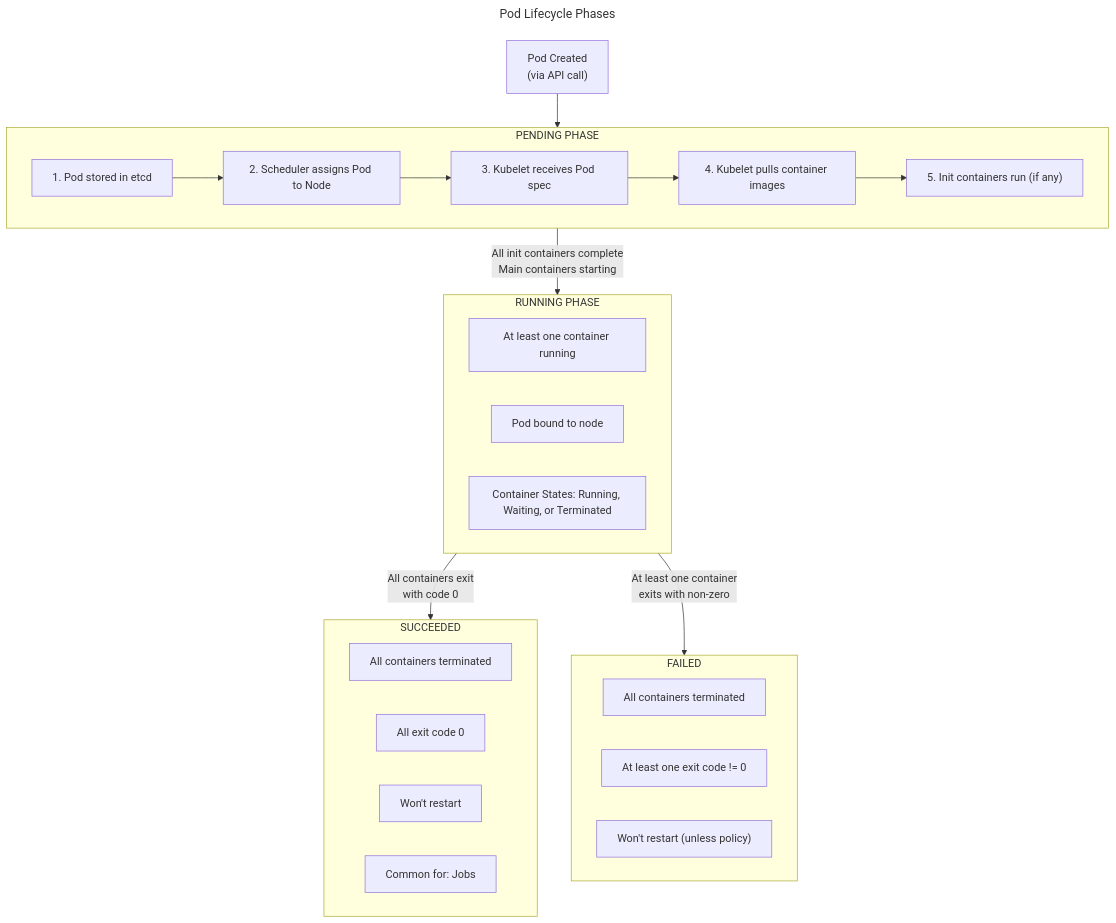
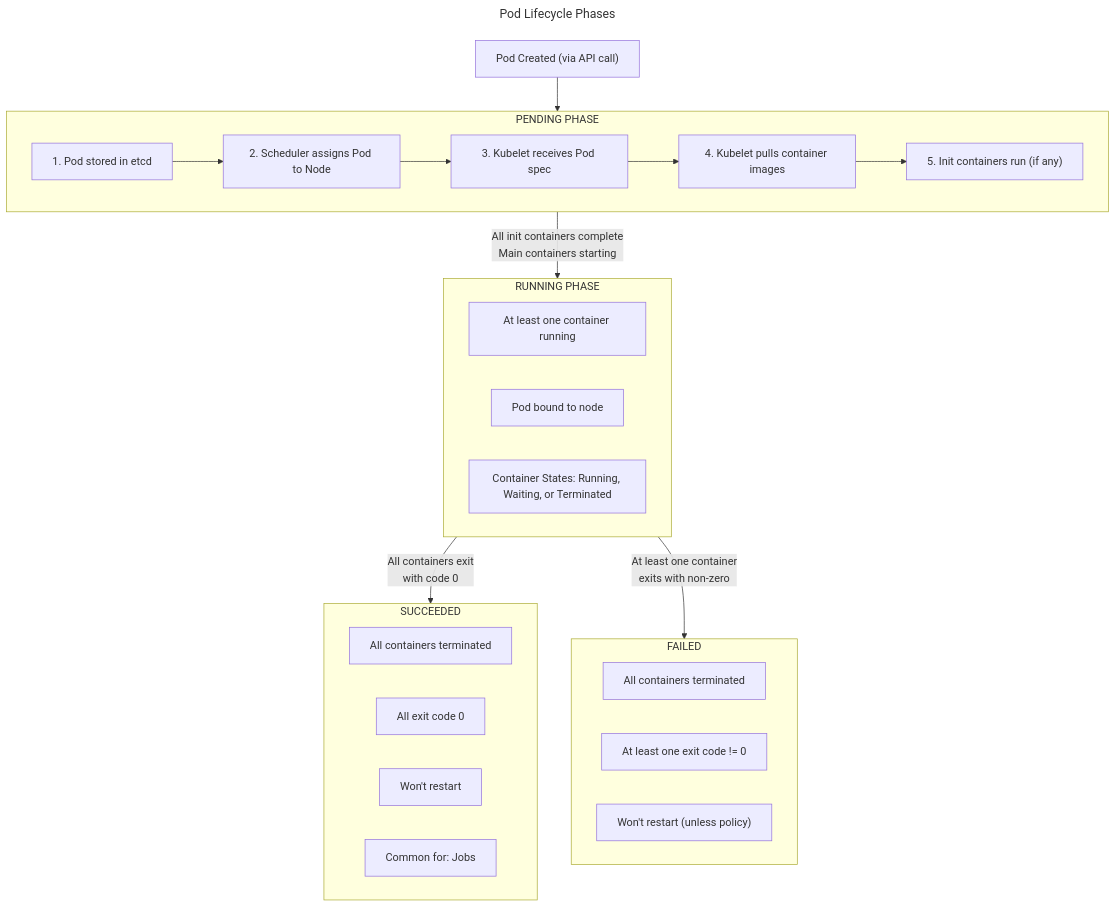
Before and after one commit to namesarnav/flashquiz: the diagram in cmlsm34l4000v02k3hkvf1vdq.md, drawn with Mermaid.

Commit message:
update post: Kubernetes Pods

````diff
--- a/cmlsm34l4000v02k3hkvf1vdq.md
+++ b/cmlsm34l4000v02k3hkvf1vdq.md
@@ -136,40 +136,40 @@
 ```mermaid
 ---
 title: Pod Lifecycle Phases
 ---
 flowchart TD
-    PC["Pod Created<br/>(via API call)"] --> PENDING
+    PC["Pod Created (via API call)"] --> PENDING
 
     subgraph PENDING["PENDING PHASE"]
         P1["1. Pod stored in etcd"]
         P2["2. Scheduler assigns Pod to Node"]
         P3["3. Kubelet receives Pod spec"]
         P4["4. Kubelet pulls container images"]
         P5["5. Init containers run (if any)"]
         P1 --> P2 --> P3 --> P4 --> P5
     end
 
     PENDING -->|"All init containers complete<br/>Main containers starting"| RUNNING
 
     subgraph RUNNING["RUNNING PHASE"]
         R1["At least one container running"]
         R2["Pod bound to node"]
         R3["Container States: Running, Waiting, or Terminated"]
     end
 
     RUNNING -->|"All containers exit<br/>with code 0"| SUCCEEDED
     RUNNING -->|"At least one container<br/>exits with non-zero"| FAILED
 
     subgraph SUCCEEDED["SUCCEEDED"]
         S1["All containers terminated"]
         S2["All exit code 0"]
         S3["Won't restart"]
         S4["Common for: Jobs"]
     end
 
     subgraph FAILED["FAILED"]
         F1["All containers terminated"]
         F2["At least one exit code != 0"]
         F3["Won't restart (unless policy)"]
     end
 ```
````
